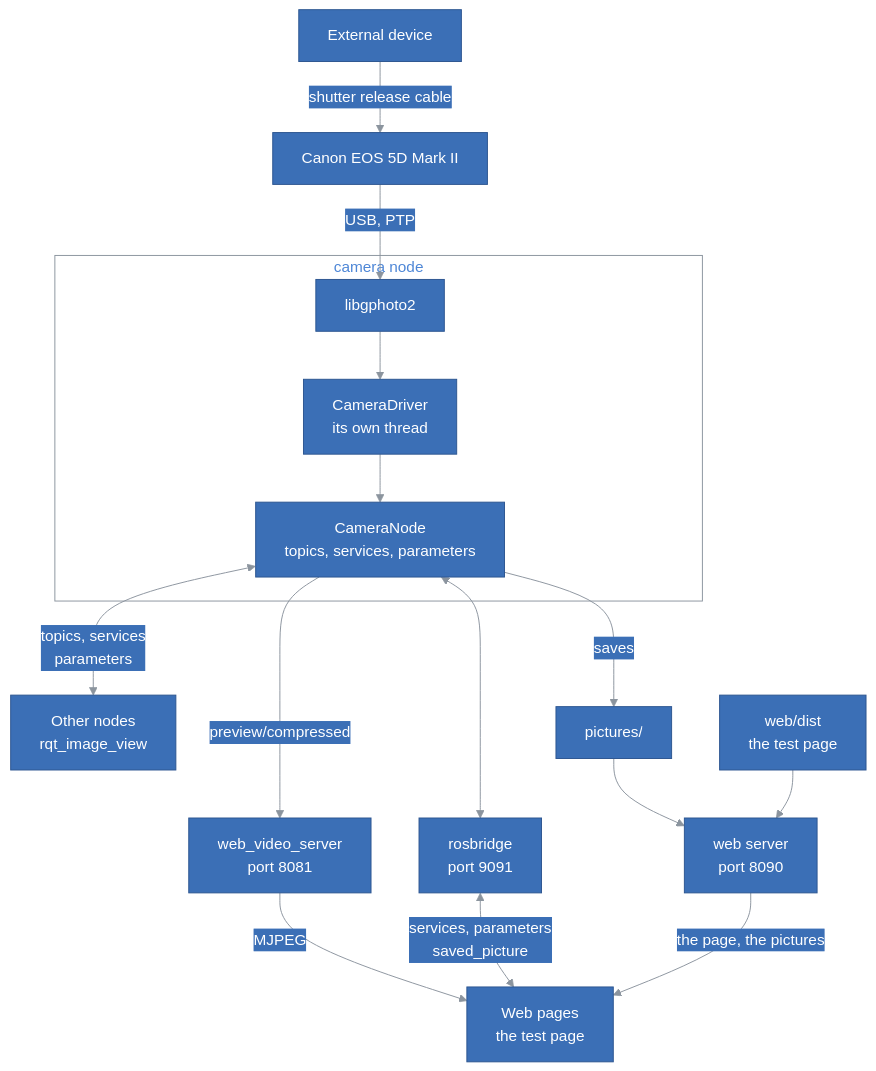
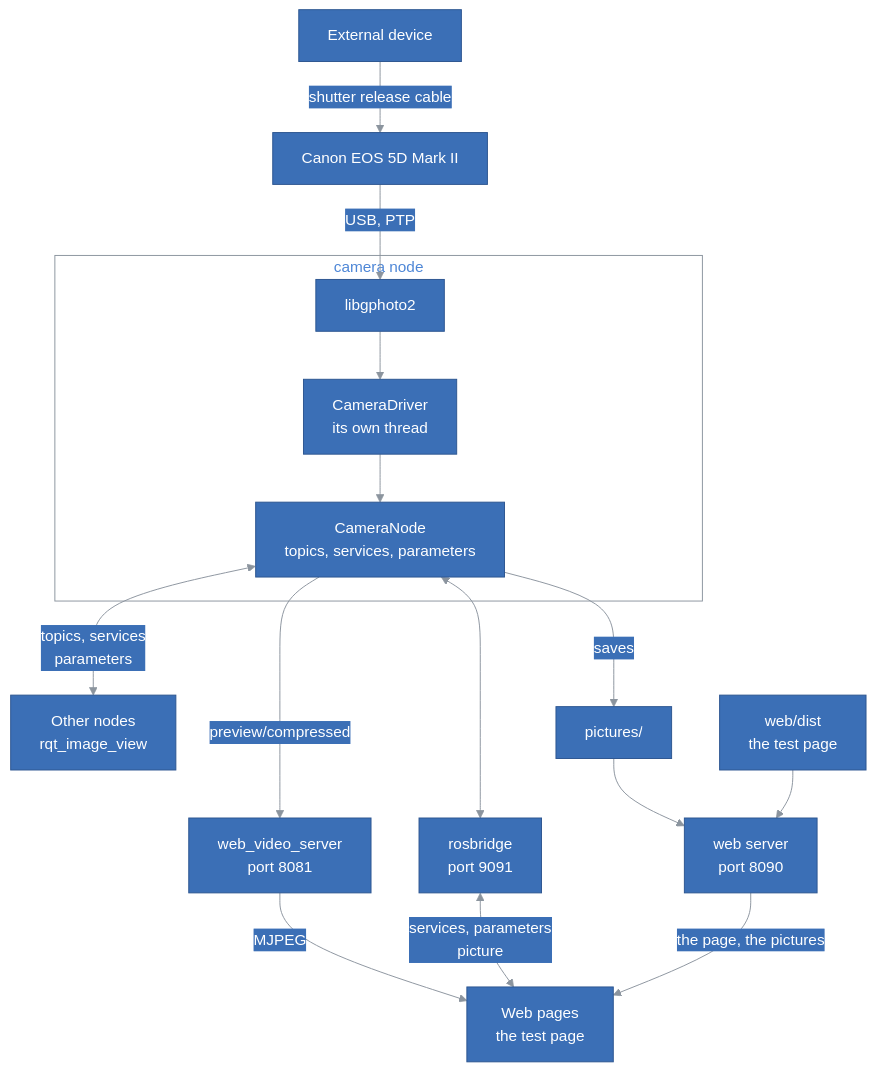
One commit to kineticsystem/stepit-camera changed the first of 4 diagrams in docs/ARCHITECTURE.md. Above: the diagram before and after it, drawn with Mermaid. The commit also changed other lines of this file and 11 other files, not shown here.

````diff
--- a/docs/ARCHITECTURE.md
+++ b/docs/ARCHITECTURE.md
@@ -35,50 +35,50 @@
 ```mermaid
 ---
 config:
   theme: base
   themeVariables:
     primaryColor: "#3b6fb6"
     primaryTextColor: "#ffffff"
     primaryBorderColor: "#2c5590"
     lineColor: "#8b949e"
     textColor: "#4d86d6"
     actorBkg: "#3b6fb6"
     actorBorder: "#2c5590"
     actorTextColor: "#ffffff"
     actorLineColor: "#8b949e"
     signalColor: "#8b949e"
     signalTextColor: "#4d86d6"
     noteBkgColor: "#3b6fb6"
     noteTextColor: "#ffffff"
     noteBorderColor: "#2c5590"
     secondaryColor: "#3b6fb6"
     tertiaryColor: "#3b6fb6"
     clusterBkg: "transparent"
     clusterBorder: "#8b949e"
     titleColor: "#4d86d6"
     edgeLabelBackground: "#3b6fb6"
     classText: "#ffffff"
     labelBoxBkgColor: "#3b6fb6"
     labelBoxBorderColor: "#2c5590"
     labelTextColor: "#ffffff"
     loopTextColor: "#4d86d6"
 ---
 flowchart TB
     Trigger["External device"] -- "shutter release cable" --> Camera["Canon EOS 5D Mark II"]
     Camera -- "USB, PTP" --> GPhoto
     subgraph Node["camera node"]
         GPhoto["libgphoto2"] --> Driver["CameraDriver<br/>its own thread"]
         Driver --> ROS["CameraNode<br/>topics, services, parameters"]
     end
     ROS <-- "topics, services<br/>parameters" --> Clients["Other nodes<br/>rqt_image_view"]
     ROS -- "saves" --> Folder["pictures/"]
     ROS -- "preview/compressed" --> Video["web_video_server<br/>port 8081"]
     ROS <--> Bridge["rosbridge<br/>port 9091"]
     Folder --> Web["web server<br/>port 8090"]
     Page["web/dist<br/>the test page"] --> Web
     Video -- "MJPEG" --> Browser["Web pages<br/>the test page"]
-    Bridge <-- "services, parameters<br/>saved_picture" --> Browser
+    Bridge <-- "services, parameters<br/>picture" --> Browser
     Web -- "the page, the pictures" --> Browser
 
     classDef default fill:#3b6fb6,stroke:#2c5590,color:#ffffff
 ```
````
